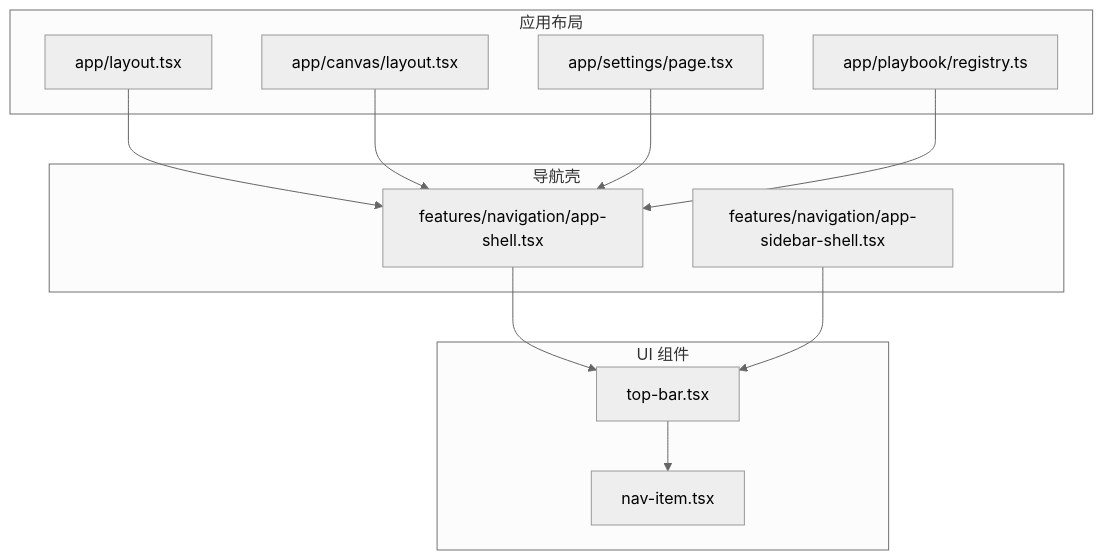
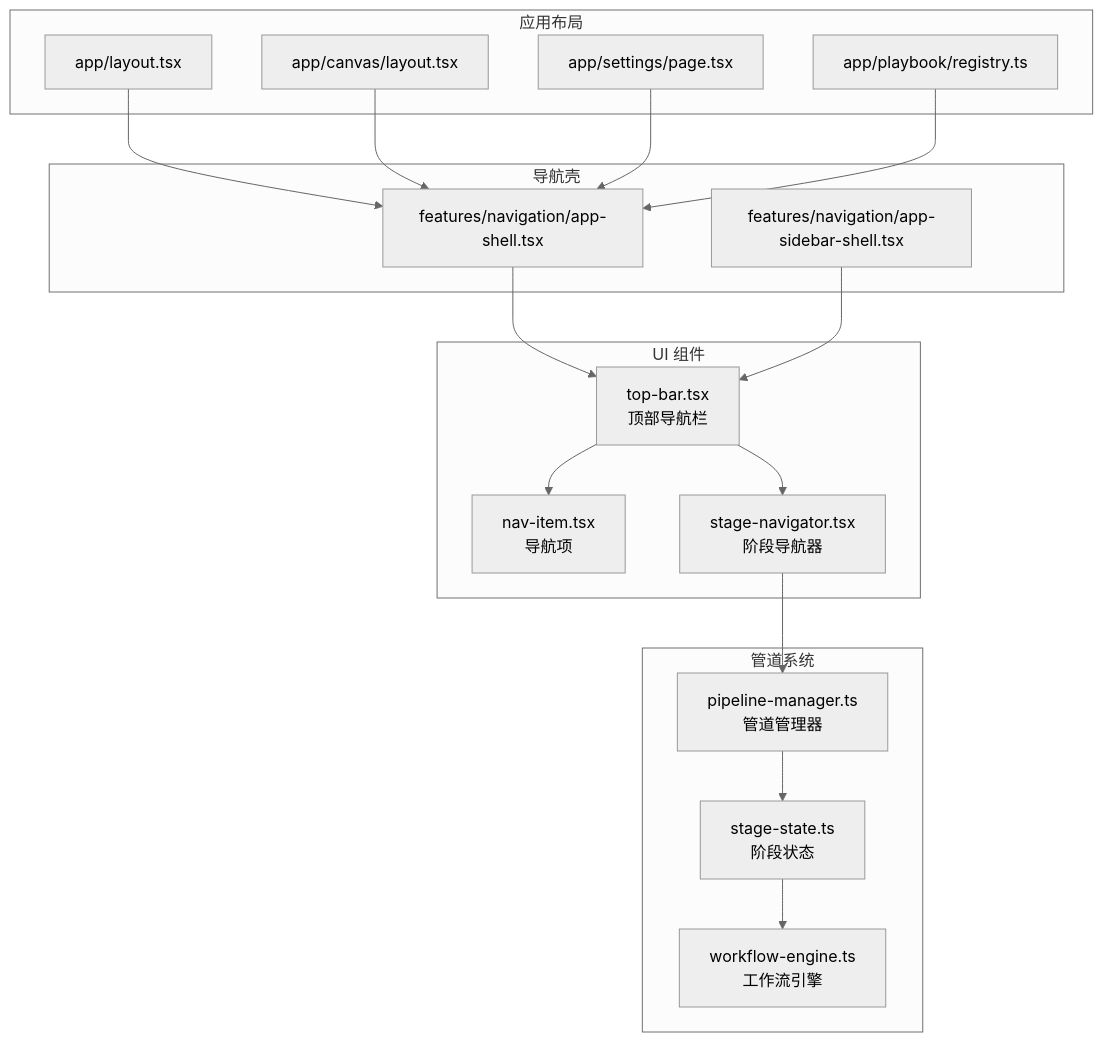
One commit to AIMFllyYS/code-video-canvas changed the first of 7 diagrams in .qoder/repowiki/zh/content/UI 组件库/业务组件/顶部导航栏组件.md. Above: the diagram before and after it, drawn with Mermaid (neutral theme). The commit also changed other lines of this file and 51 other files, not shown here.

````diff
--- a/.qoder/repowiki/zh/content/UI 组件库/业务组件/顶部导航栏组件.md
+++ b/.qoder/repowiki/zh/content/UI 组件库/业务组件/顶部导航栏组件.md
@@ -35,24 +43,34 @@
 ```mermaid
 graph TB
 subgraph "UI 组件"
-TopBar["top-bar.tsx"]
-NavItem["nav-item.tsx"]
+TopBar["top-bar.tsx<br/>顶部导航栏"]
+NavItem["nav-item.tsx<br/>导航项"]
+StageNavigator["stage-navigator.tsx<br/>阶段导航器"]
 end
 subgraph "导航壳"
 AppShell["features/navigation/app-shell.tsx"]
 AppSidebarShell["features/navigation/app-sidebar-shell.tsx"]
 end
 subgraph "应用布局"
 RootLayout["app/layout.tsx"]
 CanvasLayout["app/canvas/layout.tsx"]
 SettingsPage["app/settings/page.tsx"]
 PlaybookRegistry["app/playbook/registry.ts"]
 end
+subgraph "管道系统"
+PipelineManager["pipeline-manager.ts<br/>管道管理器"]
+StageState["stage-state.ts<br/>阶段状态"]
+WorkflowEngine["workflow-engine.ts<br/>工作流引擎"]
+end
 TopBar --> NavItem
+TopBar --> StageNavigator
 AppShell --> TopBar
 AppSidebarShell --> TopBar
 RootLayout --> AppShell
 CanvasLayout --> AppShell
 SettingsPage --> AppShell
 PlaybookRegistry --> AppShell
+StageNavigator --> PipelineManager
+PipelineManager --> StageState
+StageState --> WorkflowEngine
 ```
````
